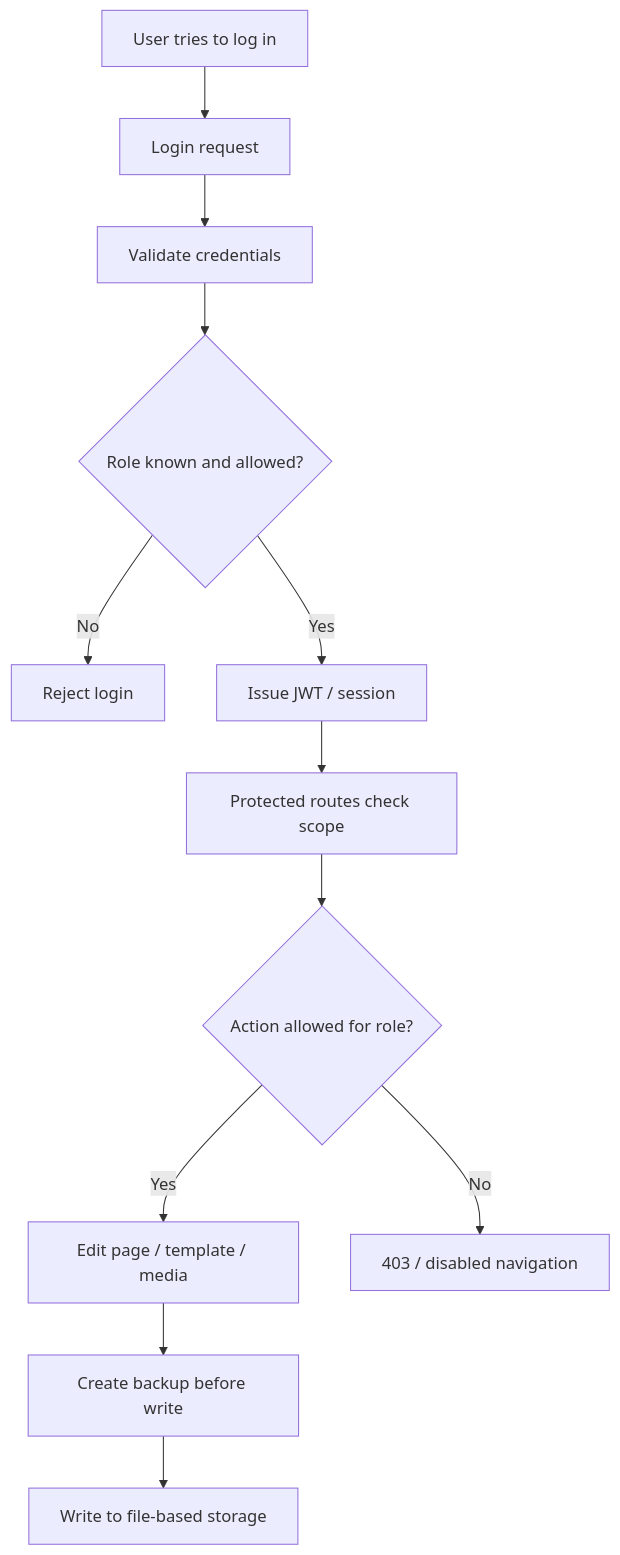
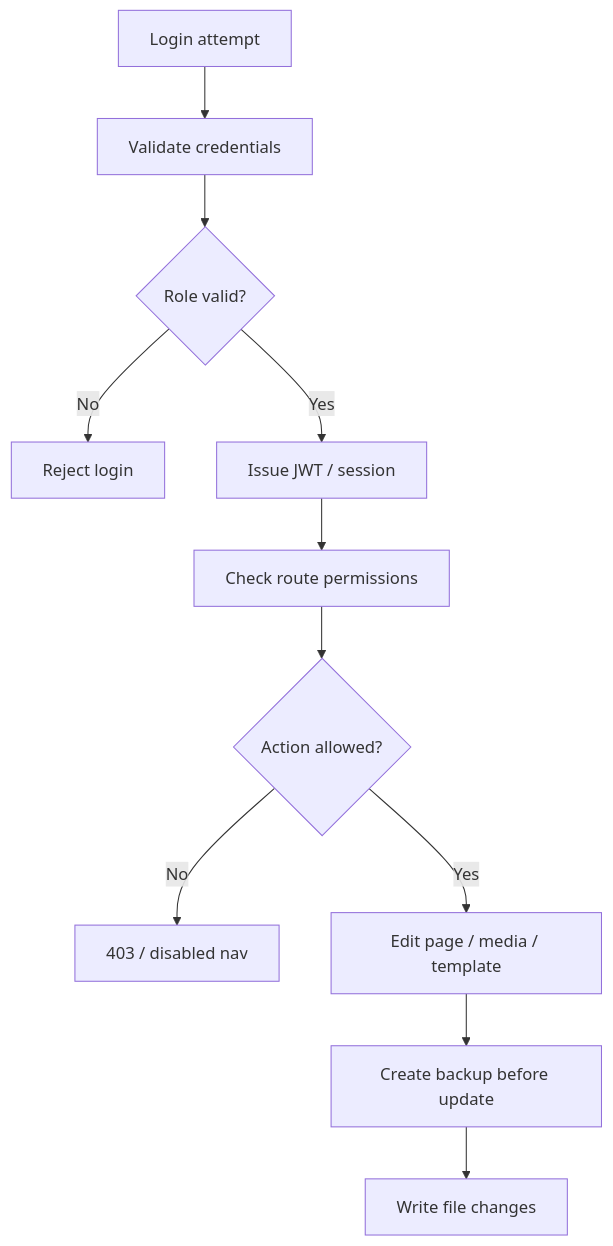
One commit to tbreuss/jaco-cms changed the second of 5 diagrams in docs/ARCHITECTURE.md. Above: the diagram before and after it, drawn with Mermaid. The commit also changed other lines of this file, not shown here.

Commit message:
Compress the architecture overview into a concise, non-redundant system overview for docs/ARCHITECTURE.md

````diff
--- a/docs/ARCHITECTURE.md
+++ b/docs/ARCHITECTURE.md
@@ -64,17 +57,13 @@
 ```mermaid
 flowchart TD
-    User[User tries to log in] --> Login[Login request]
-    Login --> Validate[Validate credentials]
-    Validate --> RoleCheck{Role known and allowed?}
-
+    User[Login attempt] --> Validate[Validate credentials]
+    Validate --> RoleCheck{Role valid?}
     RoleCheck -- No --> Reject[Reject login]
-    RoleCheck -- Yes --> IssueJWT[Issue JWT / session]
-    IssueJWT --> Routes[Protected routes check scope]
-
-    Routes --> Allowed{Action allowed for role?}
-    Allowed -- Yes --> Action[Edit page / template / media]
-    Allowed -- No --> Block[403 / disabled navigation]
-
-    Action --> Backup[Create backup before write]
-    Backup --> Persist[Write to file-based storage]
+    RoleCheck -- Yes --> Session[Issue JWT / session]
+    Session --> RouteCheck[Check route permissions]
+    RouteCheck --> Allowed{Action allowed?}
+    Allowed -- No --> Block[403 / disabled nav]
+    Allowed -- Yes --> Action[Edit page / media / template]
+    Action --> Backup[Create backup before update]
+    Backup --> Write[Write file changes]
 ```
````
